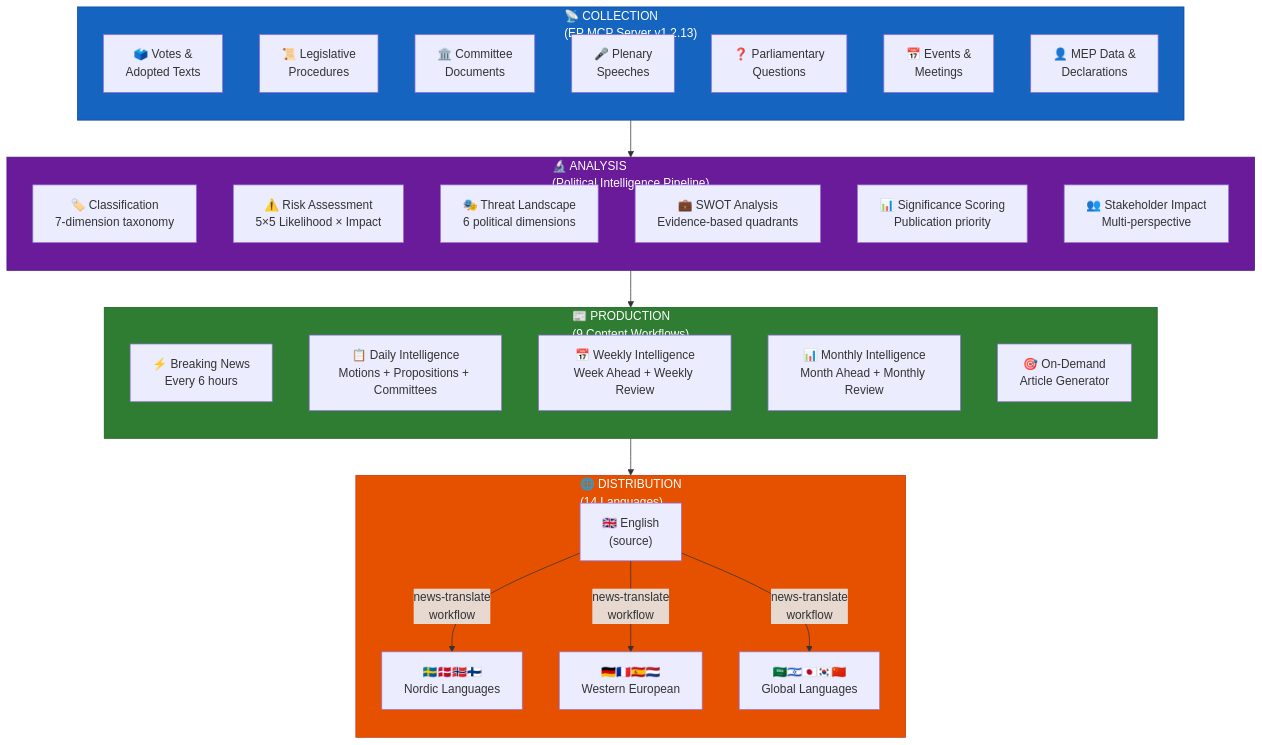
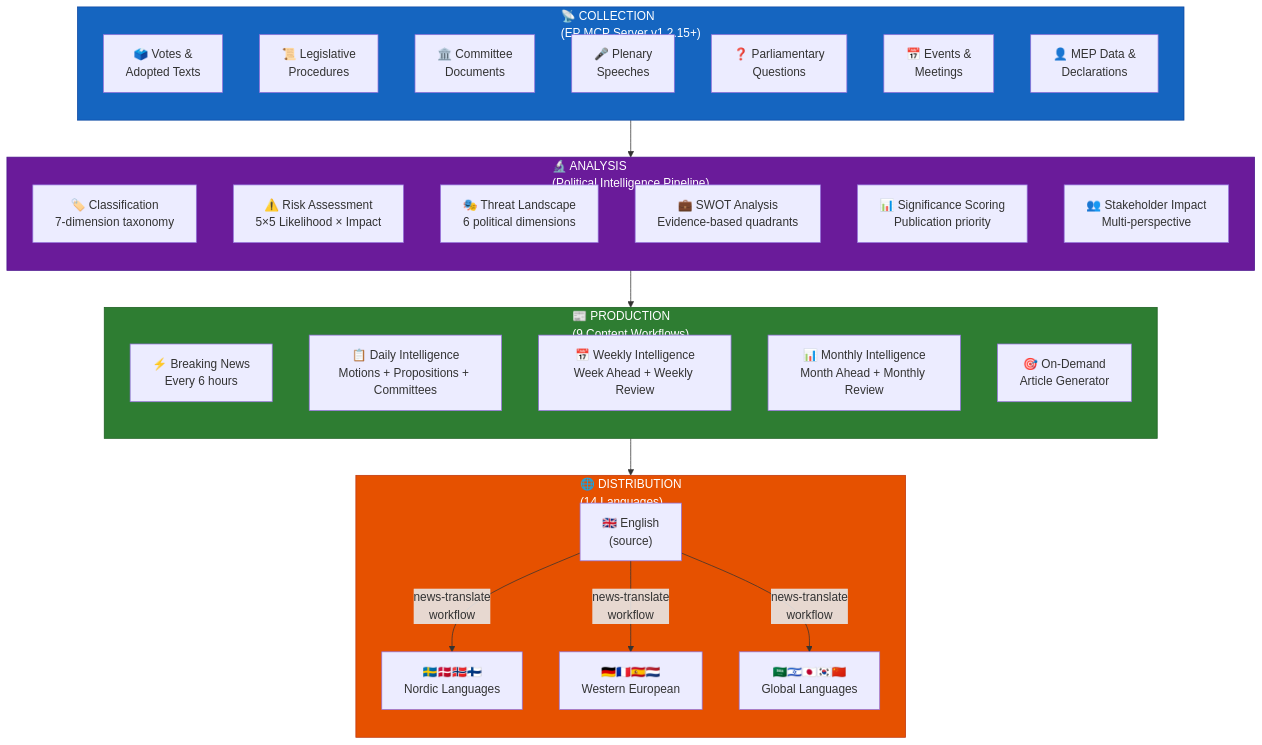
Diagram 19 of 22 in WORKFLOWS.md (Hack23/euparliamentmonitor), drawn with Mermaid before and after one commit. The commit also changed other lines of this file and 6 other files, not shown here.

````diff
--- a/WORKFLOWS.md
+++ b/WORKFLOWS.md
@@ -1833,48 +1819,48 @@
 ```mermaid
 flowchart TD
-    subgraph Collection["📡 COLLECTION<br/>(EP MCP Server v1.2.13)"]
+    subgraph Collection["📡 COLLECTION<br/>(EP MCP Server v1.2.15+)"]
         direction TB
         C1["🗳️ Votes &<br/>Adopted Texts"]
         C2["📜 Legislative<br/>Procedures"]
         C3["🏛️ Committee<br/>Documents"]
         C4["🎤 Plenary<br/>Speeches"]
         C5["❓ Parliamentary<br/>Questions"]
         C6["📅 Events &<br/>Meetings"]
         C7["👤 MEP Data &<br/>Declarations"]
     end
 
     subgraph Analysis["🔬 ANALYSIS<br/>(Political Intelligence Pipeline)"]
         direction TB
         A1["🏷️ Classification<br/>7-dimension taxonomy"]
         A2["⚠️ Risk Assessment<br/>5×5 Likelihood × Impact"]
         A3["🎭 Threat Landscape<br/>6 political dimensions"]
         A4["💼 SWOT Analysis<br/>Evidence-based quadrants"]
         A5["📊 Significance Scoring<br/>Publication priority"]
         A6["👥 Stakeholder Impact<br/>Multi-perspective"]
     end
 
     subgraph Production["📰 PRODUCTION<br/>(9 Content Workflows)"]
         direction TB
         P1["⚡ Breaking News<br/>Every 6 hours"]
         P2["📋 Daily Intelligence<br/>Motions + Propositions + Committees"]
         P3["📅 Weekly Intelligence<br/>Week Ahead + Weekly Review"]
         P4["📊 Monthly Intelligence<br/>Month Ahead + Monthly Review"]
         P5["🎯 On-Demand<br/>Article Generator"]
     end
 
     subgraph Distribution["🌐 DISTRIBUTION<br/>(14 Languages)"]
         direction TB
         D1["🇬🇧 English<br/>(source)"]
         D2["🇸🇪🇩🇰🇳🇴🇫🇮<br/>Nordic Languages"]
         D3["🇩🇪🇫🇷🇪🇸🇳🇱<br/>Western European"]
         D4["🇸🇦🇮🇱🇯🇵🇰🇷🇨🇳<br/>Global Languages"]
     end
 
     Collection --> Analysis --> Production --> D1
     D1 --> |"news-translate<br/>workflow"| D2 & D3 & D4
 
     style Collection fill:#1565C0,stroke:#0D47A1,color:#FFFFFF
     style Analysis fill:#6A1B9A,stroke:#4A148C,color:#FFFFFF
     style Production fill:#2E7D32,stroke:#1B5E20,color:#FFFFFF
     style Distribution fill:#E65100,stroke:#BF360C,color:#FFFFFF
 ```
````
